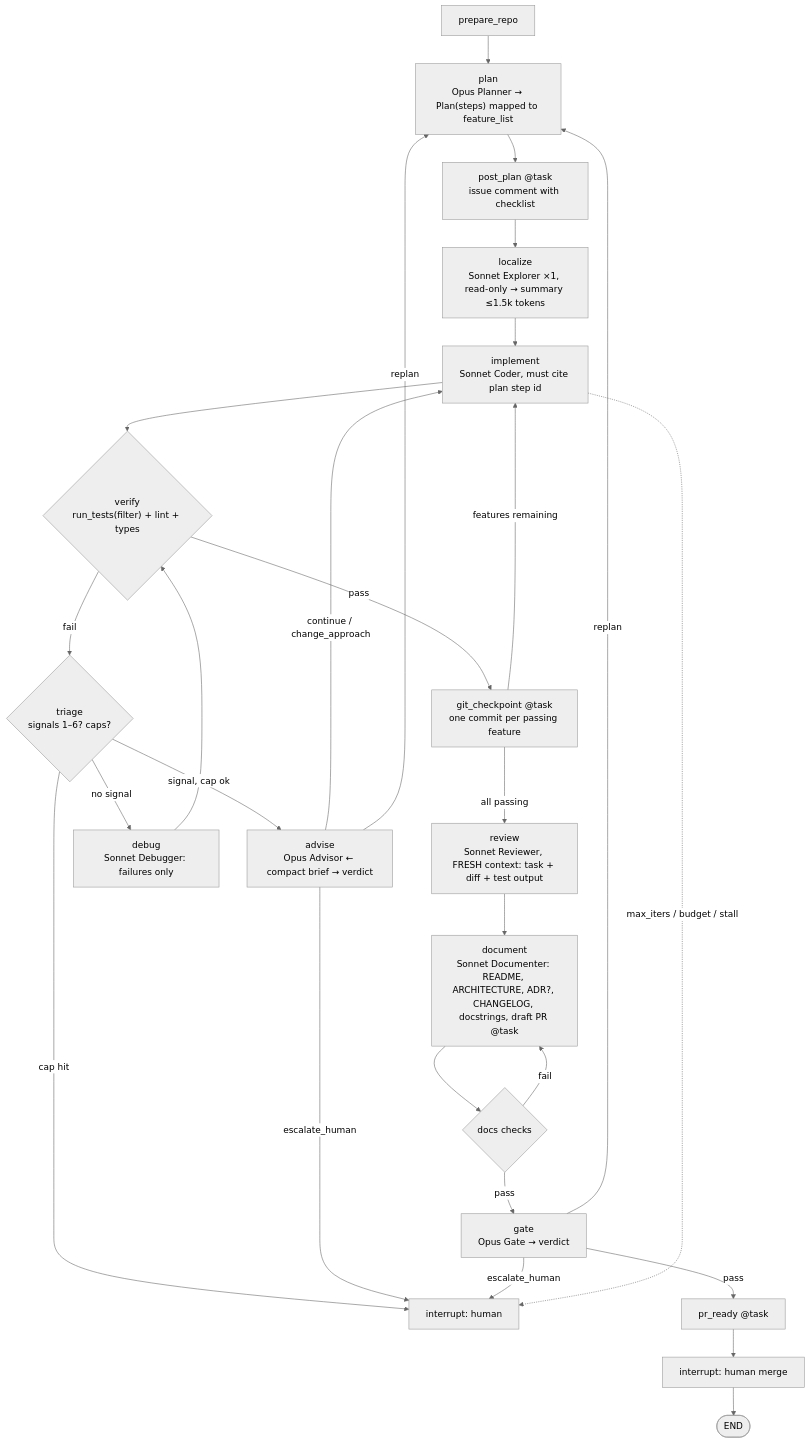
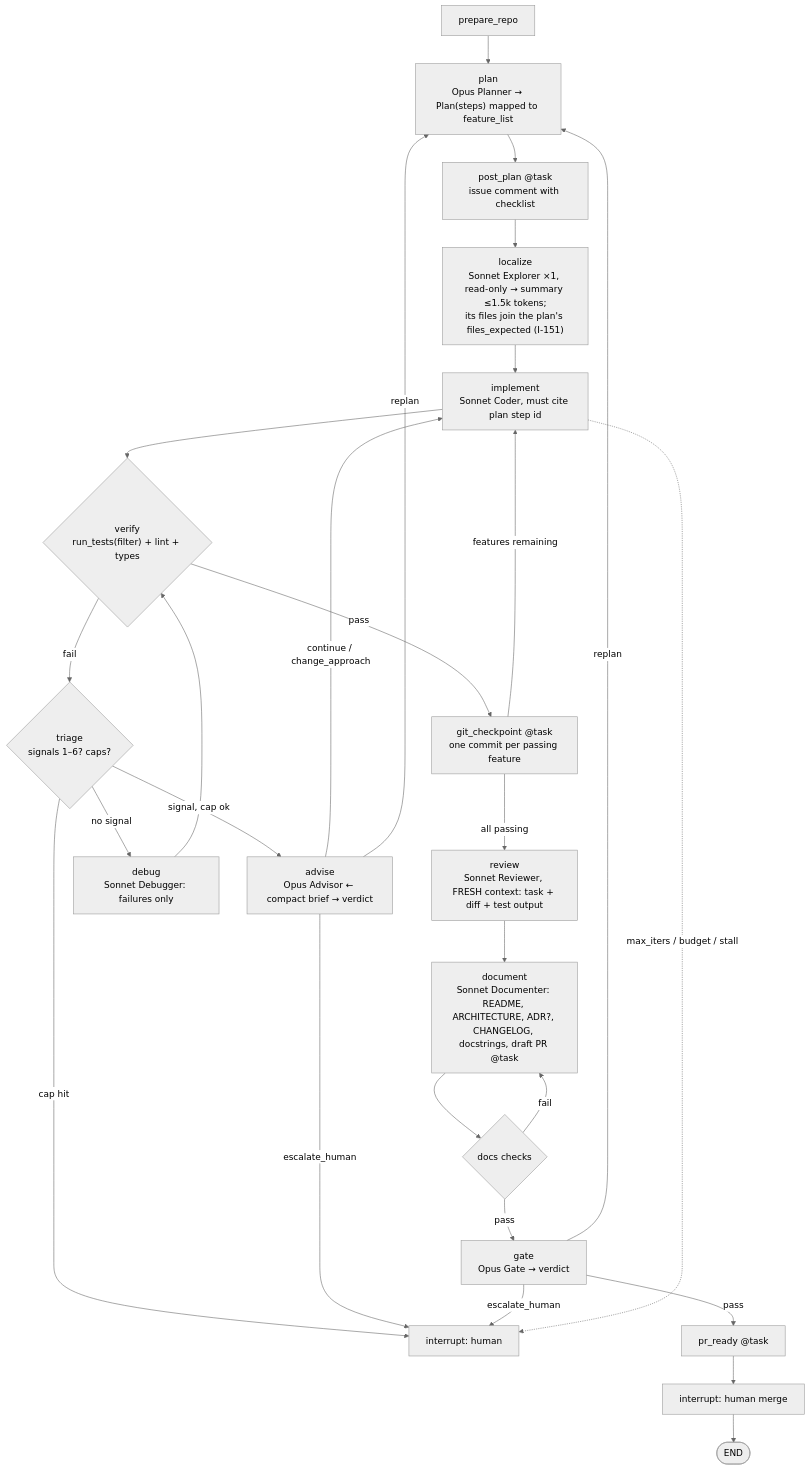
Before and after one commit to NewMe505/SCIO: the fourth of 10 diagrams in docs/ARCHITECTURE.md, drawn with Mermaid (neutral theme). The commit also changed other lines of this file and 10 other files, not shown here.

````diff
--- a/docs/ARCHITECTURE.md
+++ b/docs/ARCHITECTURE.md
@@ -108,29 +108,29 @@
 ```mermaid
 flowchart TD
   P[prepare_repo] --> plan["plan<br/>Opus Planner → Plan(steps) mapped to feature_list"]
   plan --> post["post_plan @task<br/>issue comment with checklist"]
-  post --> loc["localize<br/>Sonnet Explorer ×1, read-only → summary ≤1.5k tokens"]
+  post --> loc["localize<br/>Sonnet Explorer ×1, read-only → summary ≤1.5k tokens;<br/>its files join the plan's files_expected (I-151)"]
   loc --> impl["implement<br/>Sonnet Coder, must cite plan step id"]
   impl --> ver{"verify<br/>run_tests(filter) + lint + types"}
   ver -->|pass| cp["git_checkpoint @task<br/>one commit per passing feature"]
   cp -->|features remaining| impl
   cp -->|all passing| rev["review<br/>Sonnet Reviewer, FRESH context: task + diff + test output"]
   rev --> doc["document<br/>Sonnet Documenter: README, ARCHITECTURE, ADR?, CHANGELOG, docstrings, draft PR @task"]
   doc --> dc{"docs checks"}
   dc -->|fail| doc
   dc -->|pass| gate["gate<br/>Opus Gate → verdict"]
   ver -->|fail| tri{"triage<br/>signals 1–6? caps?"}
   tri -->|no signal| dbg["debug<br/>Sonnet Debugger: failures only"]
   dbg --> ver
   tri -->|signal, cap ok| adv["advise<br/>Opus Advisor ← compact brief → verdict"]
   tri -->|cap hit| H["interrupt: human"]
   adv -->|continue / change_approach| impl
   adv -->|replan| plan
   adv -->|escalate_human| H
   gate -->|pass| ready["pr_ready @task"]
   gate -->|replan| plan
   gate -->|escalate_human| H
   ready --> M["interrupt: human merge"]
   M --> E([END])
   impl -. "max_iters / budget / stall" .-> H
 ```
````
